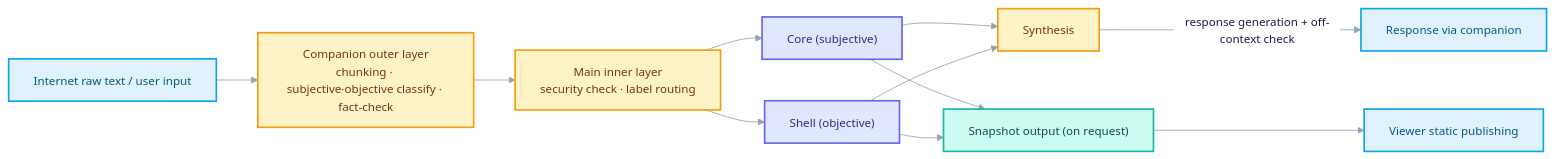
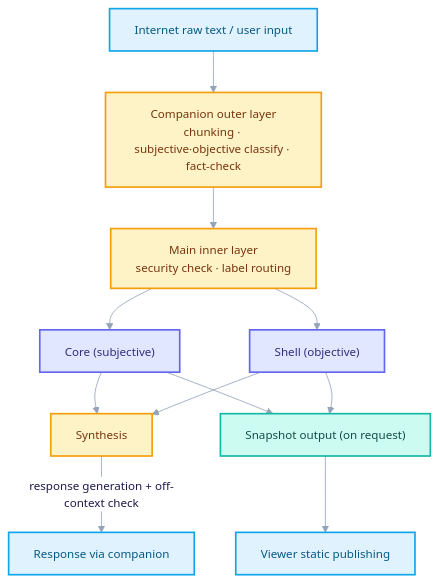
Before and after one commit to JoeHwangHee/JoeHwangHee.github.io: the second of 2 diagrams in content/en/posts/dev/second-brain/2026-06-21-harness-and-architecture-v3.3.md, drawn with Mermaid. The commit also changed 7 other files, not shown here.

First line of the commit message:
Improve Mermaid readability: larger text, dark-adaptive node colors, TB layout

````diff
--- a/content/en/posts/dev/second-brain/2026-06-21-harness-and-architecture-v3.3.md
+++ b/content/en/posts/dev/second-brain/2026-06-21-harness-and-architecture-v3.3.md
@@ -87,23 +87,23 @@
 ```mermaid
 %%{init: {'theme':'base','themeVariables':{'fontFamily':'ui-sans-serif, system-ui, -apple-system, Segoe UI, Roboto, sans-serif','fontSize':'14px','lineColor':'#94A3B8','primaryColor':'#EEF2FF','primaryBorderColor':'#6366F1','primaryTextColor':'#1E1B4B','clusterBkg':'#F8FAFC','clusterBorder':'#E2E8F0','edgeLabelBackground':'#FFFFFF','titleColor':'#0F172A'}}}%%
-flowchart LR
+flowchart TB
     A["Internet raw text / user input"] --> B["Companion outer layer<br/>chunking · subjective·objective classify · fact-check"]
     B --> C["Main inner layer<br/>security check · label routing"]
     C --> D["Core (subjective)"]
     C --> E["Shell (objective)"]
     D --> F["Synthesis"]
     E --> F
     F -->|response generation + off-context check| G["Response via companion"]
     D --> H["Snapshot output (on request)"]
     E --> H
     H --> I["Viewer static publishing"]
 
     classDef canon fill:#E0E7FF,stroke:#6366F1,stroke-width:2px,color:#312E81;
     classDef derived fill:#CCFBF1,stroke:#14B8A6,stroke-width:2px,color:#134E4A;
     classDef proc fill:#FEF3C7,stroke:#F59E0B,stroke-width:2px,color:#78350F;
     classDef ext fill:#E0F2FE,stroke:#0EA5E9,stroke-width:2px,color:#075985;
     class A,G,I ext;
     class B,C,F proc;
     class D,E canon;
     class H derived;
 ```
````
